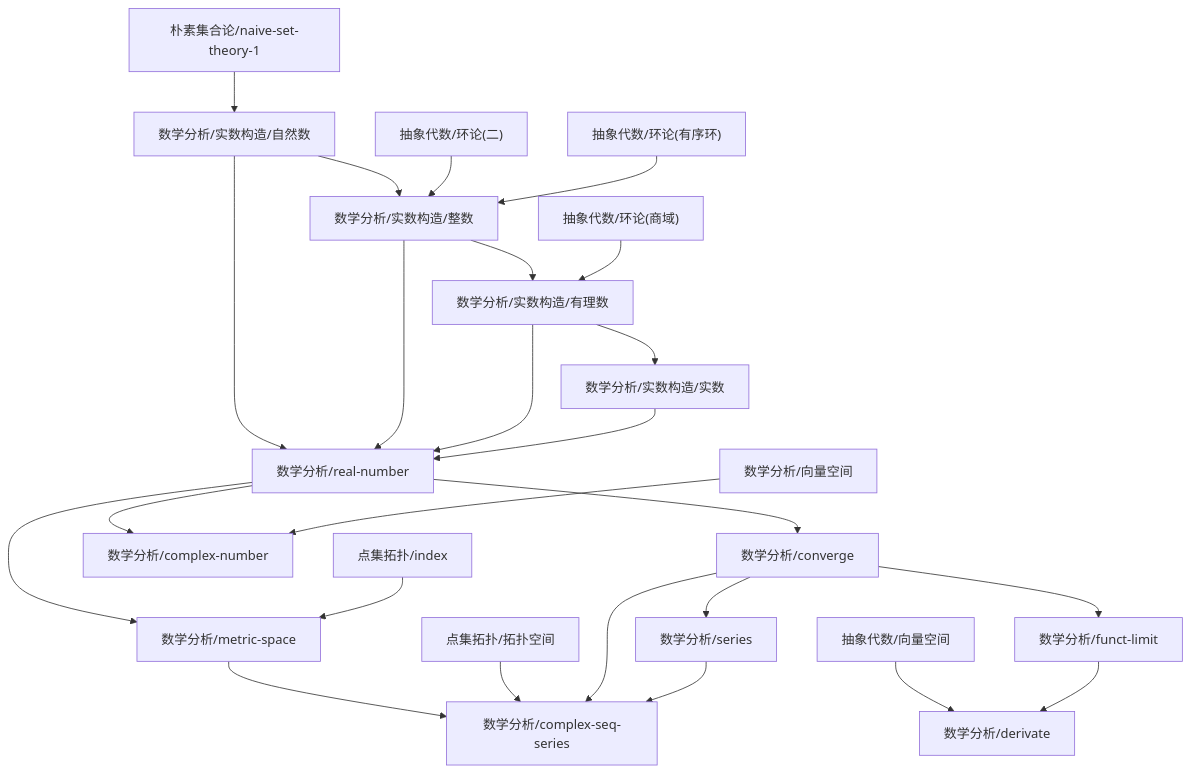
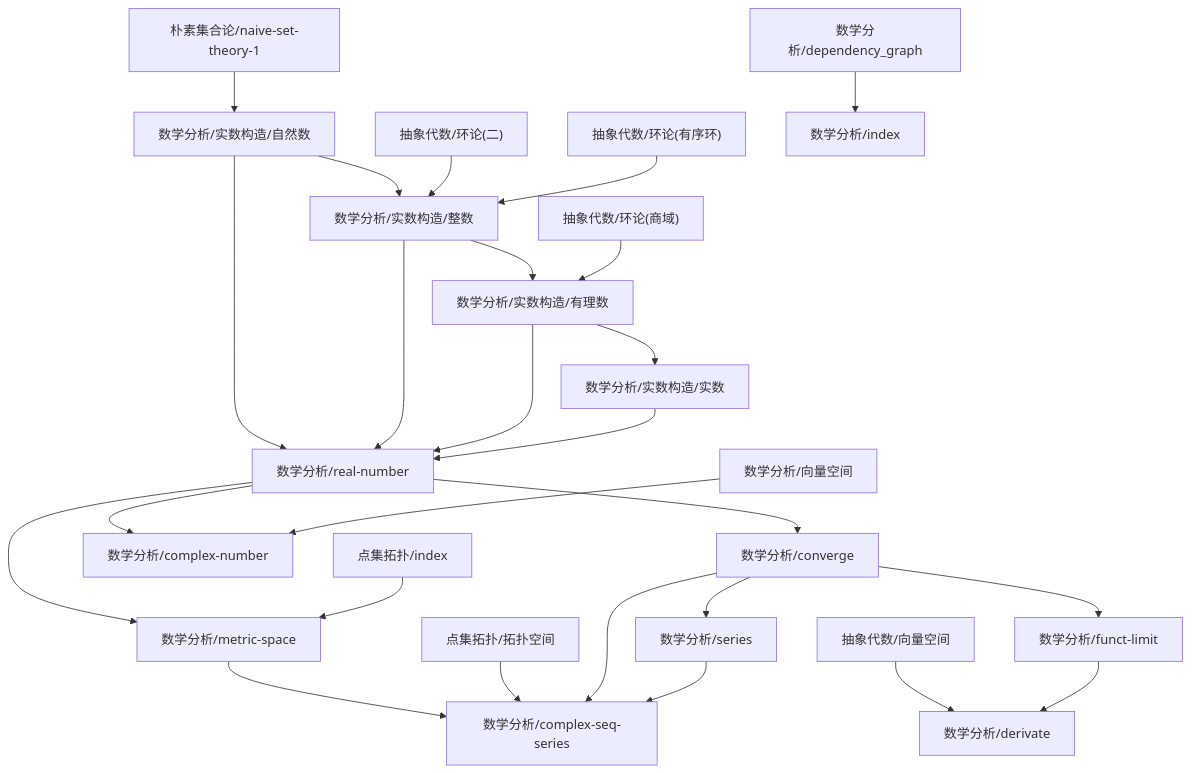
The diagram in content/数学分析/dependency_graph.md (zeroDtree/zeroDtree.github.io), drawn with Mermaid before and after one commit. The commit also changed 30 other files, not shown here.

````diff
--- a/content/数学分析/dependency_graph.md
+++ b/content/数学分析/dependency_graph.md
@@ -1,27 +1,28 @@
 ```mermaid
 graph TD
 1["数学分析/converge"] --> 0["数学分析/funct-limit"]
 3["数学分析/real-number"] --> 2["数学分析/complex-number"]
 4["数学分析/向量空间"] --> 2["数学分析/complex-number"]
 6["抽象代数/向量空间"] --> 5["数学分析/derivate"]
 0["数学分析/funct-limit"] --> 5["数学分析/derivate"]
 8["数学分析/metric-space"] --> 7["数学分析/complex-seq-series"]
 9["点集拓扑/拓扑空间"] --> 7["数学分析/complex-seq-series"]
 1["数学分析/converge"] --> 7["数学分析/complex-seq-series"]
 10["数学分析/series"] --> 7["数学分析/complex-seq-series"]
 3["数学分析/real-number"] --> 8["数学分析/metric-space"]
 11["点集拓扑/index"] --> 8["数学分析/metric-space"]
 13["数学分析/实数构造/自然数"] --> 12["数学分析/实数构造/整数"]
 14["抽象代数/环论(二)"] --> 12["数学分析/实数构造/整数"]
 15["抽象代数/环论(有序环)"] --> 12["数学分析/实数构造/整数"]
 12["数学分析/实数构造/整数"] --> 16["数学分析/实数构造/有理数"]
 17["抽象代数/环论(商域)"] --> 16["数学分析/实数构造/有理数"]
 18["朴素集合论/naive-set-theory-1"] --> 13["数学分析/实数构造/自然数"]
 16["数学分析/实数构造/有理数"] --> 19["数学分析/实数构造/实数"]
+21["数学分析/dependency_graph"] --> 20["数学分析/index"]
 3["数学分析/real-number"] --> 1["数学分析/converge"]
 1["数学分析/converge"] --> 10["数学分析/series"]
 13["数学分析/实数构造/自然数"] --> 3["数学分析/real-number"]
 12["数学分析/实数构造/整数"] --> 3["数学分析/real-number"]
 16["数学分析/实数构造/有理数"] --> 3["数学分析/real-number"]
 19["数学分析/实数构造/实数"] --> 3["数学分析/real-number"]
 ```
````
